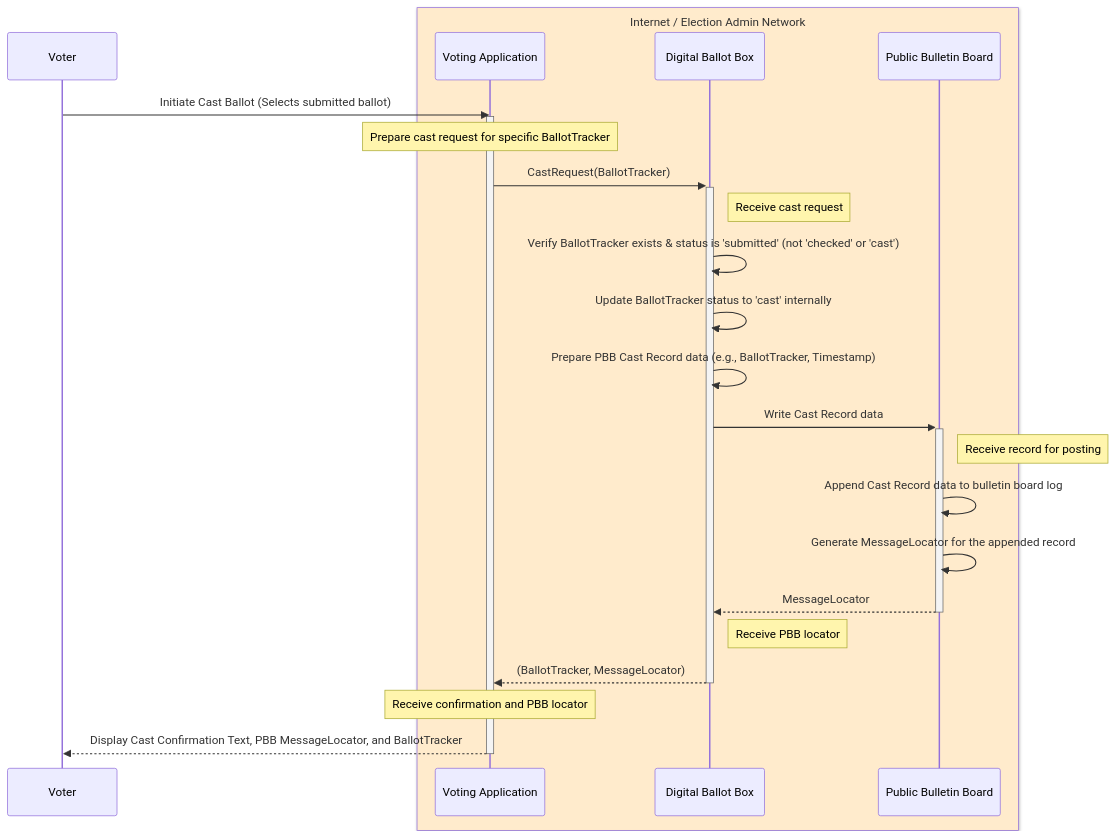
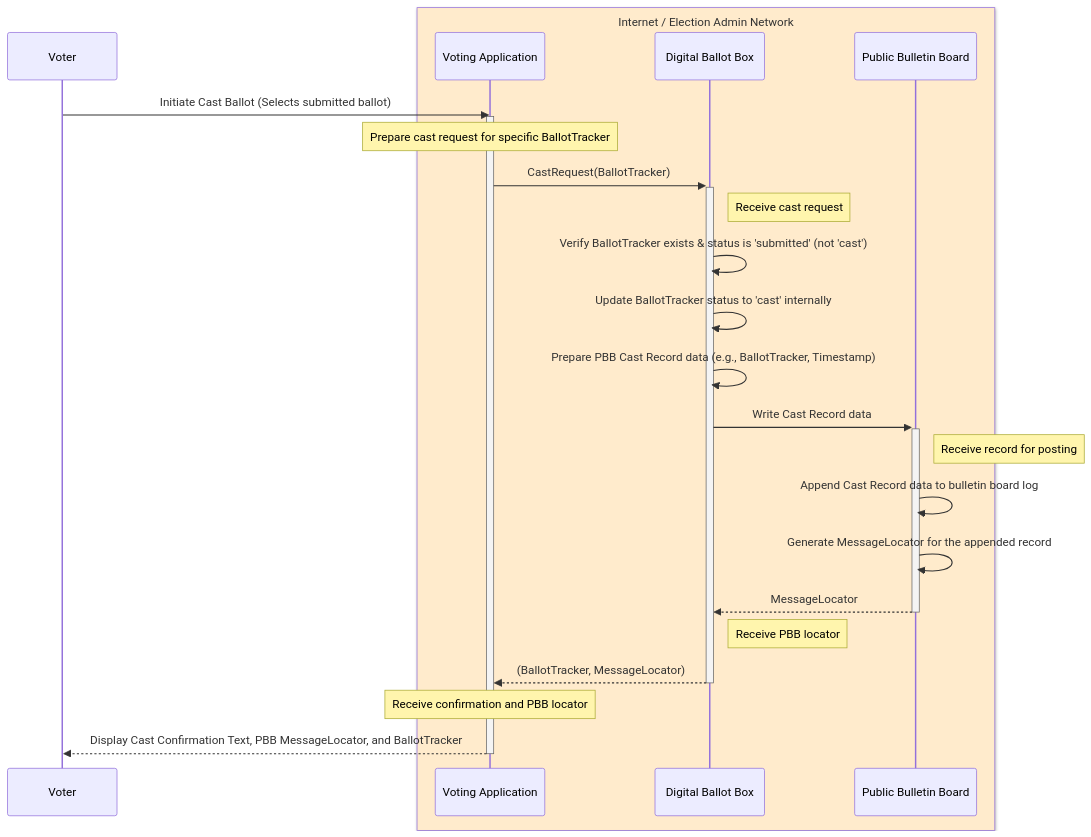
The diagram in docs/protocol/diagrams/ballot-cast.md (FreeAndFair/VoteSecure), drawn with Mermaid before and after one commit. The commit also changed 1 other file, not shown here.

Commit message:
fix: fixed ballot cast diagram to remove nonexistent check
This commit also makes minor readability improvements to the
ballot check specification diagram.

````diff
--- a/docs/protocol/diagrams/ballot-cast.md
+++ b/docs/protocol/diagrams/ballot-cast.md
@@ -3,34 +3,34 @@
 ```mermaid
 sequenceDiagram
     participant Voter
 
     box rgb(255, 235, 204) Internet / Election Admin Network
         participant VA as Voting Application
         participant DBB as Digital Ballot Box
         participant PBB as Public Bulletin Board
     end
 
     Voter ->> VA: Initiate Cast Ballot (Selects submitted ballot)
     activate VA
     Note over VA: Prepare cast request for specific BallotTracker
 
     VA ->> +DBB: CastRequest(BallotTracker) # Send request to DBB
 
     Note right of DBB: Receive cast request
-    DBB->>DBB: Verify BallotTracker exists & status is 'submitted' (not 'checked' or 'cast')
+    DBB->>DBB: Verify BallotTracker exists & status is 'submitted' (not 'cast')
     DBB->>DBB: Update BallotTracker status to 'cast' internally
     DBB->>DBB: Prepare PBB Cast Record data (e.g., BallotTracker, Timestamp)
     DBB ->> +PBB: Write Cast Record data # Post evidence to PBB
 
     Note right of PBB: Receive record for posting
     PBB->>PBB: Append Cast Record data to bulletin board log
     PBB->>PBB: Generate MessageLocator for the appended record
     PBB -->> -DBB: MessageLocator # Return locator confirming PBB post
 
     Note right of DBB: Receive PBB locator
     DBB -->> -VA: (BallotTracker, MessageLocator) # Confirm cast to VA, include locator
 
     Note over VA: Receive confirmation and PBB locator
     VA -->> Voter: Display Cast Confirmation Text, PBB MessageLocator, and BallotTracker
     deactivate VA
 ```
````
